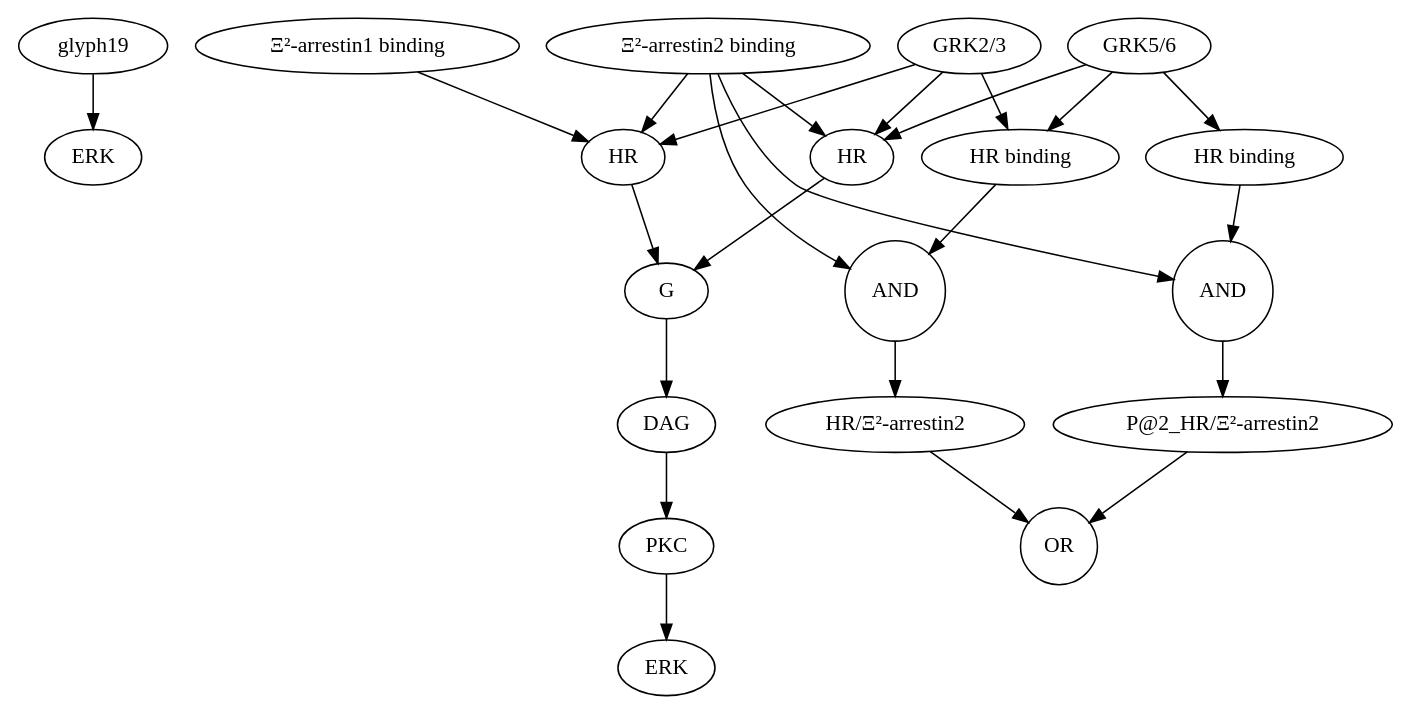
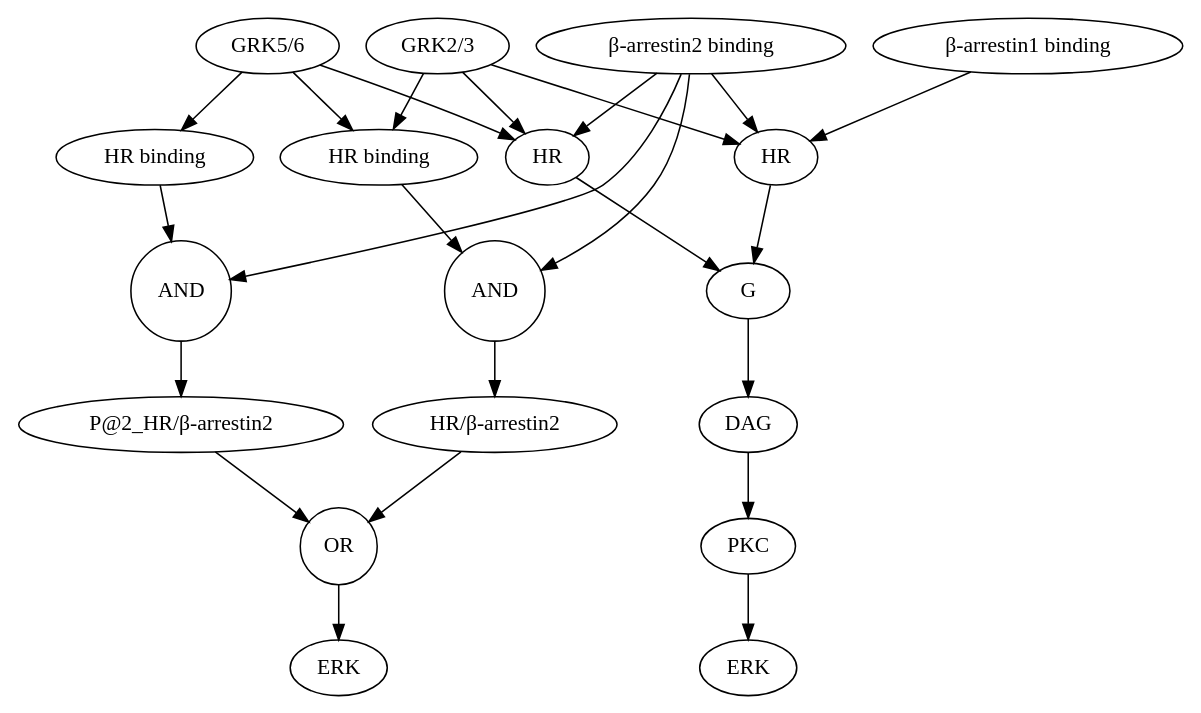
The diagram in position_graph.gv (eleagreugny/LRI), drawn with Graphviz before and after one commit. The commit also changed 2 other files, not shown here.

```diff
--- a/position_graph.gv
+++ b/position_graph.gv
@@ -1,44 +1,43 @@
 digraph G {
 	glyph1 [label=ERK]
 	glyph2 [label=ERK]
 	glyph3 [label=HR]
 	glyph4 [label=G]
 	glyph5 [label=DAG]
 	glyph6 [label=PKC]
 	glyph7 [label=HR]
 	glyph8 [label="GRK2/3"]
 	glyph9 [label="GRK5/6"]
 	glyph10 [label="HR binding"]
-	glyph11 [label="Ξ²-arrestin2 binding"]
+	glyph11 [label="β-arrestin2 binding"]
 	glyph12 [label="HR binding"]
-	glyph13 [label="Ξ²-arrestin1 binding"]
-	glyph14 [label="P@2_HR/Ξ²-arrestin2"]
-	glyph15 [label="HR/Ξ²-arrestin2"]
+	glyph13 [label="β-arrestin1 binding"]
+	glyph14 [label="P@2_HR/β-arrestin2"]
+	glyph15 [label="HR/β-arrestin2"]
 	glyph16 [label=AND shape=circle]
 	glyph17 [label=AND shape=circle]
 	glyph18 [label=OR shape=circle]
-	glyph19
 		glyph16 -> glyph14 [tailclip=true]
 		glyph17 -> glyph15 [tailclip=true]
 		glyph11 -> glyph3 [tailclip=true]
 		glyph13 -> glyph7 [tailclip=true]
 		glyph11 -> glyph7 [tailclip=true]
 		glyph3 -> glyph4 [tailclip=true]
 		glyph4 -> glyph5 [tailclip=true]
 		glyph5 -> glyph6 [tailclip=true]
 		glyph6 -> glyph2 [tailclip=true]
 		glyph7 -> glyph4 [tailclip=true]
 		glyph8 -> glyph7 [tailclip=true]
 		glyph9 -> glyph10 [tailclip=true]
-		glyph19 -> glyph1 [tailclip=true]
+		glyph18 -> glyph1 [tailclip=true]
 		glyph8 -> glyph3 [tailclip=true]
 		glyph8 -> glyph12 [tailclip=true]
 		glyph9 -> glyph3 [tailclip=true]
 		glyph9 -> glyph12 [tailclip=true]
 		glyph14 -> glyph18 [tailclip=true]
 		glyph15 -> glyph18 [tailclip=true]
 		glyph10 -> glyph16 [tailclip=true]
 		glyph11 -> glyph16 [tailclip=true]
 		glyph12 -> glyph17 [tailclip=true]
 		glyph11 -> glyph17 [tailclip=true]
 }
```
